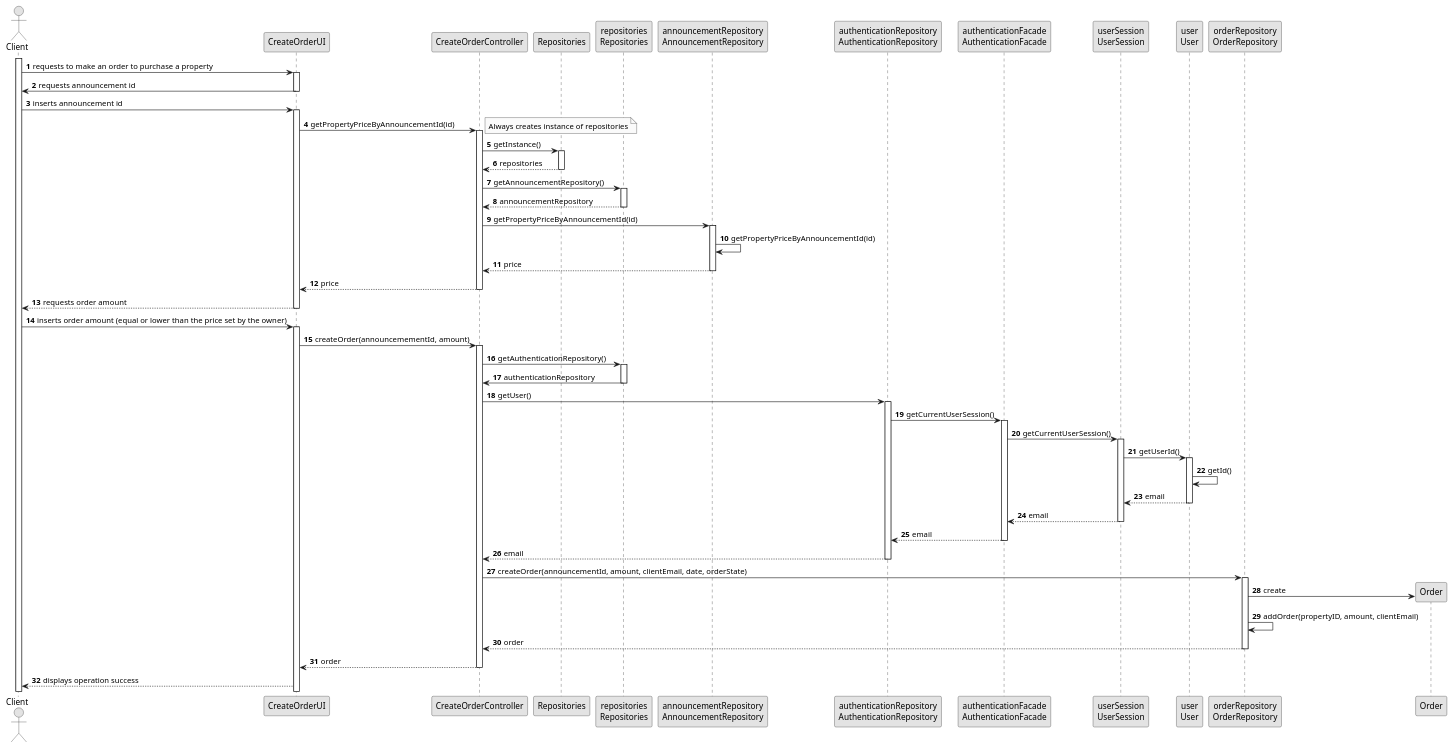
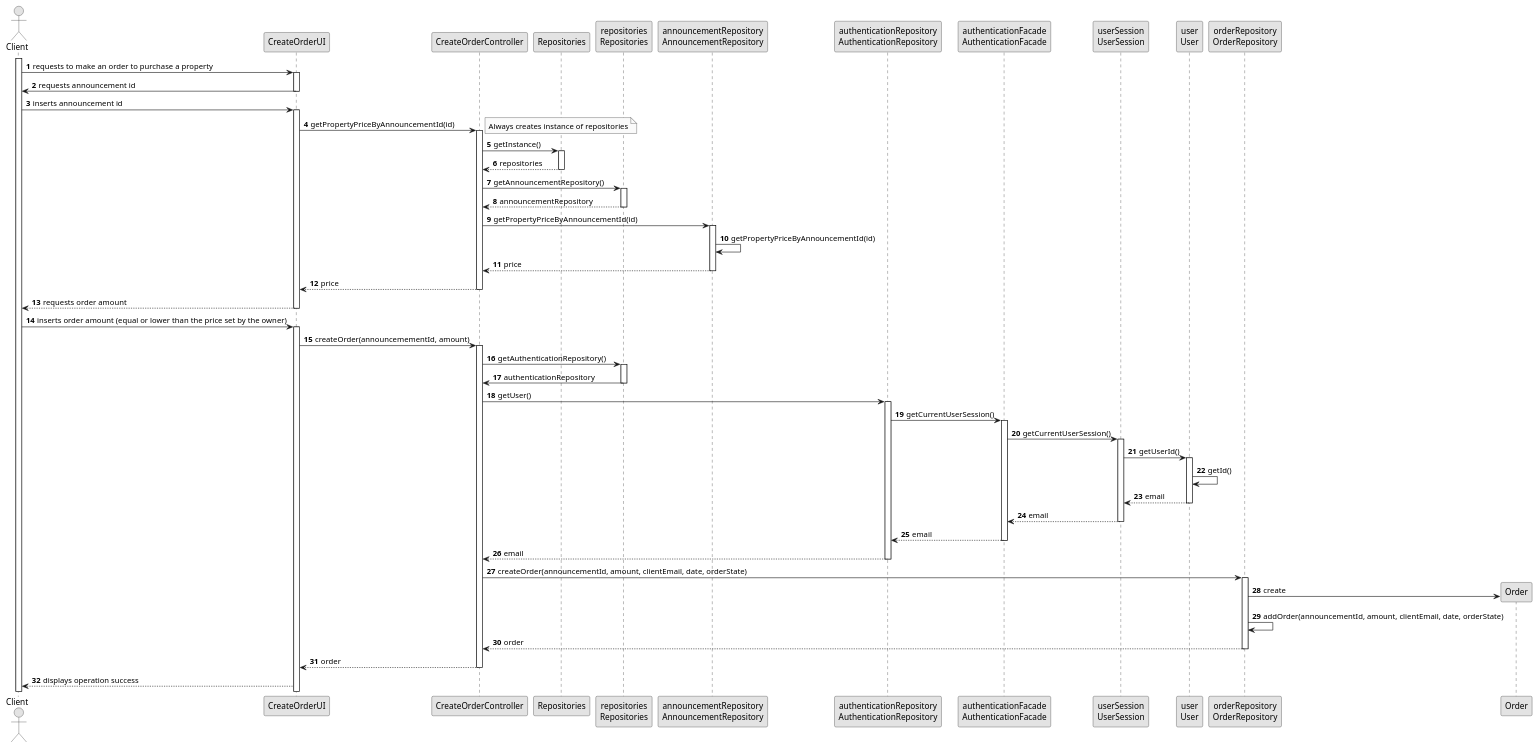
The diagram in docs/sprintC/us010/03.design/puml/us010-sequence-diagram-full.puml (Goncalves2525/real-estate-management-system), drawn with PlantUML before and after one commit. The commit also changed 9 other files, not shown here.

Commit message:
Added US10 classes to global class diagram [UC10][Design]

```diff
--- a/docs/sprintC/us010/03.design/puml/us010-sequence-diagram-full.puml
+++ b/docs/sprintC/us010/03.design/puml/us010-sequence-diagram-full.puml
@@ -1,128 +1,128 @@
 @startuml
 skinparam monochrome true
 skinparam packageStyle rectangle
 skinparam shadowing false
 
 autonumber
 
 'hide footbox
 actor "Client" as client
 participant "CreateOrderUI" as ui
 participant "CreateOrderController" as ctrl
 participant "Repositories" as REPOS
 participant "repositories\nRepositories" as repos
 participant "announcementRepository\nAnnouncementRepository" as AnnouncementRepository
 participant "authenticationRepository\nAuthenticationRepository" as AuthenticationRepository
 participant "authenticationFacade\nAuthenticationFacade" as AuthenticationFacade
 participant "userSession\nUserSession" as UserSession
 participant "user\nUser" as user
 participant "orderRepository\nOrderRepository" as OrderRepository
 
 
 
 
 
 activate client
 
     client -> ui : requests to make an order to purchase a property
     activate ui
 
     ui -> client : requests announcement id
     deactivate ui
 
     client -> ui : inserts announcement id
     activate ui
 
     ui -> ctrl : getPropertyPriceByAnnouncementId(id)
     activate ctrl
 
     note right
         Always creates instance of repositories
     end note
     ctrl -> REPOS : getInstance()
     activate REPOS
 
     REPOS --> ctrl : repositories
     deactivate REPOS
 
 
 
     ctrl -> repos : getAnnouncementRepository()
     activate repos
 
     repos --> ctrl : announcementRepository
     deactivate repos
 
     ctrl -> AnnouncementRepository : getPropertyPriceByAnnouncementId(id)
     activate AnnouncementRepository
 
     AnnouncementRepository -> AnnouncementRepository : getPropertyPriceByAnnouncementId(id)
 
     AnnouncementRepository --> ctrl : price
     deactivate AnnouncementRepository
 
     ctrl --> ui : price
     deactivate ctrl
 
 
     ui --> client : requests order amount
     deactivate ui
 
     client -> ui : inserts order amount (equal or lower than the price set by the owner)
     activate ui
 
     ui -> ctrl : createOrder(announcemementId, amount)
     activate ctrl
 
 
     ctrl -> repos : getAuthenticationRepository()
     activate repos
 
     repos -> ctrl : authenticationRepository
     deactivate repos
 
     ctrl -> AuthenticationRepository : getUser()
     activate AuthenticationRepository
 
     AuthenticationRepository -> AuthenticationFacade : getCurrentUserSession()
     activate AuthenticationFacade
 
     AuthenticationFacade -> UserSession : getCurrentUserSession()
     activate UserSession
 
     UserSession -> user : getUserId()
     activate user
 
     user -> user : getId()
 
     user --> UserSession : email
     deactivate user
 
     UserSession --> AuthenticationFacade : email
     deactivate UserSession
 
     AuthenticationFacade --> AuthenticationRepository : email
     deactivate AuthenticationFacade
 
     AuthenticationRepository --> ctrl : email
     deactivate AuthenticationRepository
 
     ctrl -> OrderRepository : createOrder(announcementId, amount, clientEmail, date, orderState)
     activate OrderRepository
 
     OrderRepository -> Order** : create
 
-    OrderRepository -> OrderRepository : addOrder(propertyID, amount, clientEmail)
+    OrderRepository -> OrderRepository : addOrder(announcementId, amount, clientEmail, date, orderState)
 
     OrderRepository --> ctrl : order
     deactivate OrderRepository
 
     ctrl --> ui : order
     deactivate ctrl
 
     ui --> client : displays operation success
 
 
 
 
 @enduml
```
